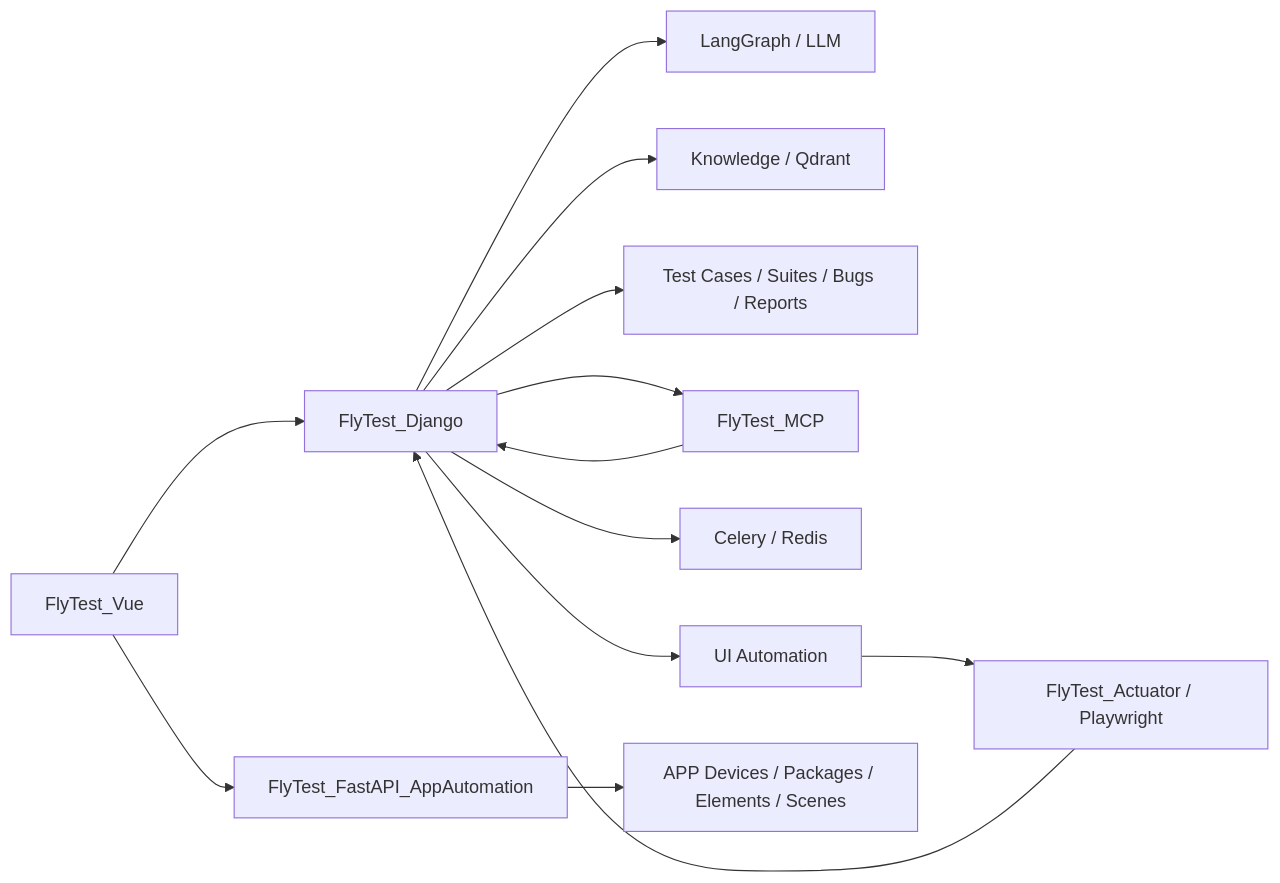
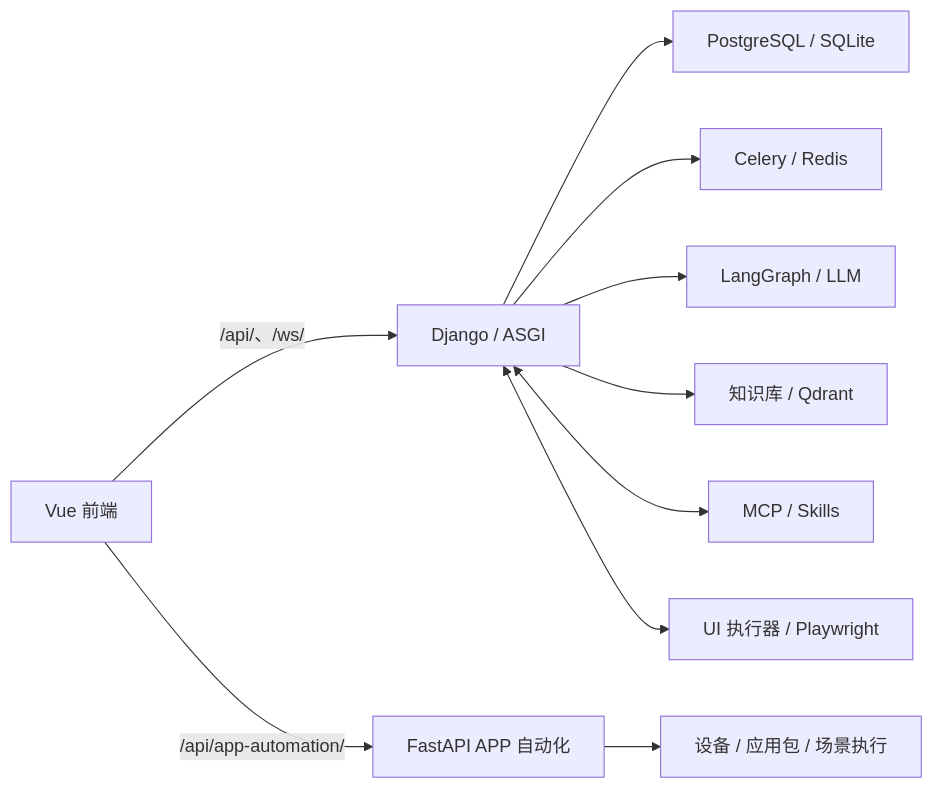
Before and after one commit to flytestai/flytest: the diagram in README.md, drawn with Mermaid. The commit also changed other lines of this file and 9 other files, not shown here.

````diff
--- a/README.md
+++ b/README.md
@@ -153,15 +72,12 @@
 ```mermaid
 flowchart LR
-    FE["FlyTest_Vue"] --> BE["FlyTest_Django"]
-    FE --> APP["FlyTest_FastAPI_AppAutomation"]
+    FE["Vue 前端"] -->|"/api/、/ws/"| BE["Django / ASGI"]
+    FE -->|"/api/app-automation/"| APP["FastAPI APP 自动化"]
+    BE --> DB["PostgreSQL / SQLite"]
+    BE --> JOB["Celery / Redis"]
     BE --> AI["LangGraph / LLM"]
-    BE --> KB["Knowledge / Qdrant"]
-    BE --> CASE["Test Cases / Suites / Bugs / Reports"]
-    BE --> MCP["FlyTest_MCP"]
-    BE --> CEL["Celery / Redis"]
-    BE --> UIA["UI Automation"]
-    APP --> DEV["APP Devices / Packages / Elements / Scenes"]
-    UIA --> ACT["FlyTest_Actuator / Playwright"]
-    MCP --> BE
-    ACT --> BE
+    BE --> KB["知识库 / Qdrant"]
+    BE <--> MCP["MCP / Skills"]
+    BE <--> ACT["UI 执行器 / Playwright"]
+    APP --> DEV["设备 / 应用包 / 场景执行"]
 ```
````
